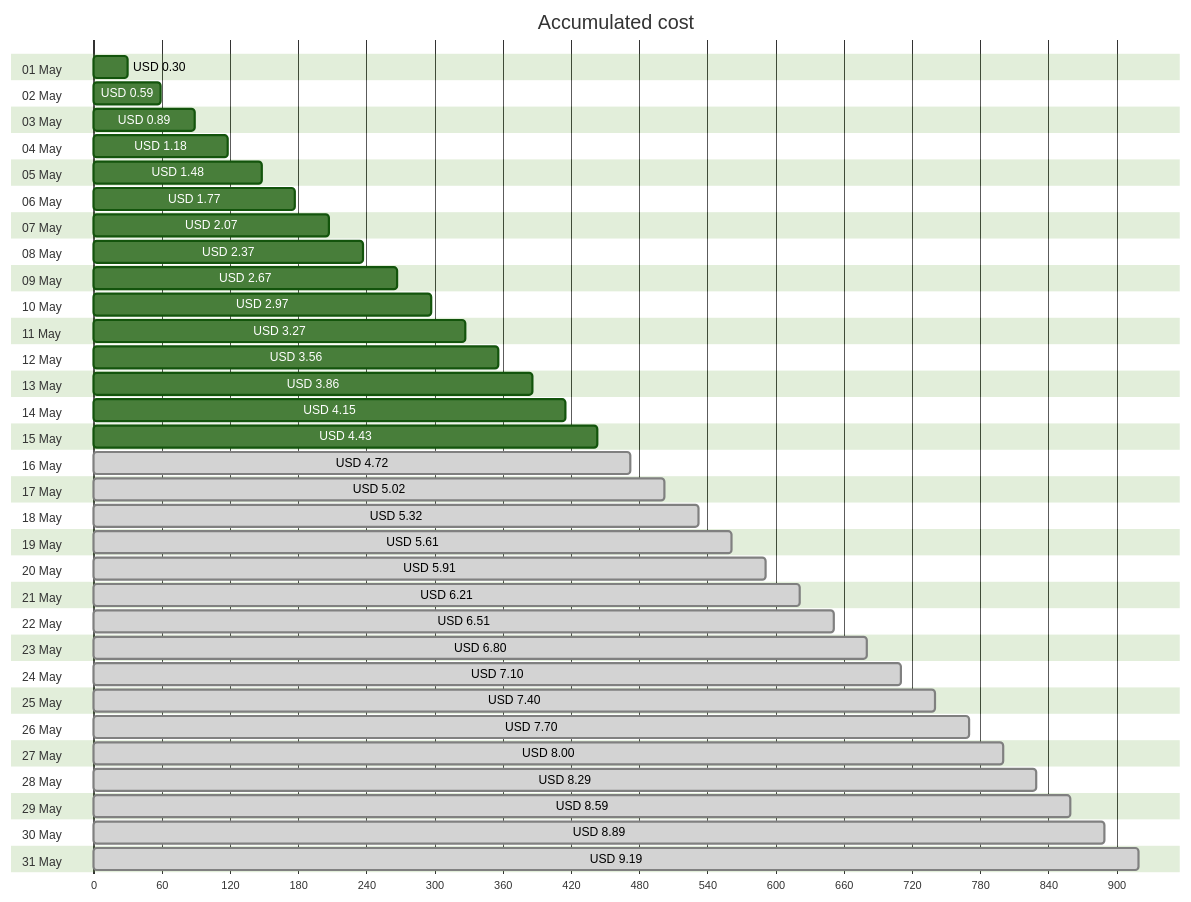
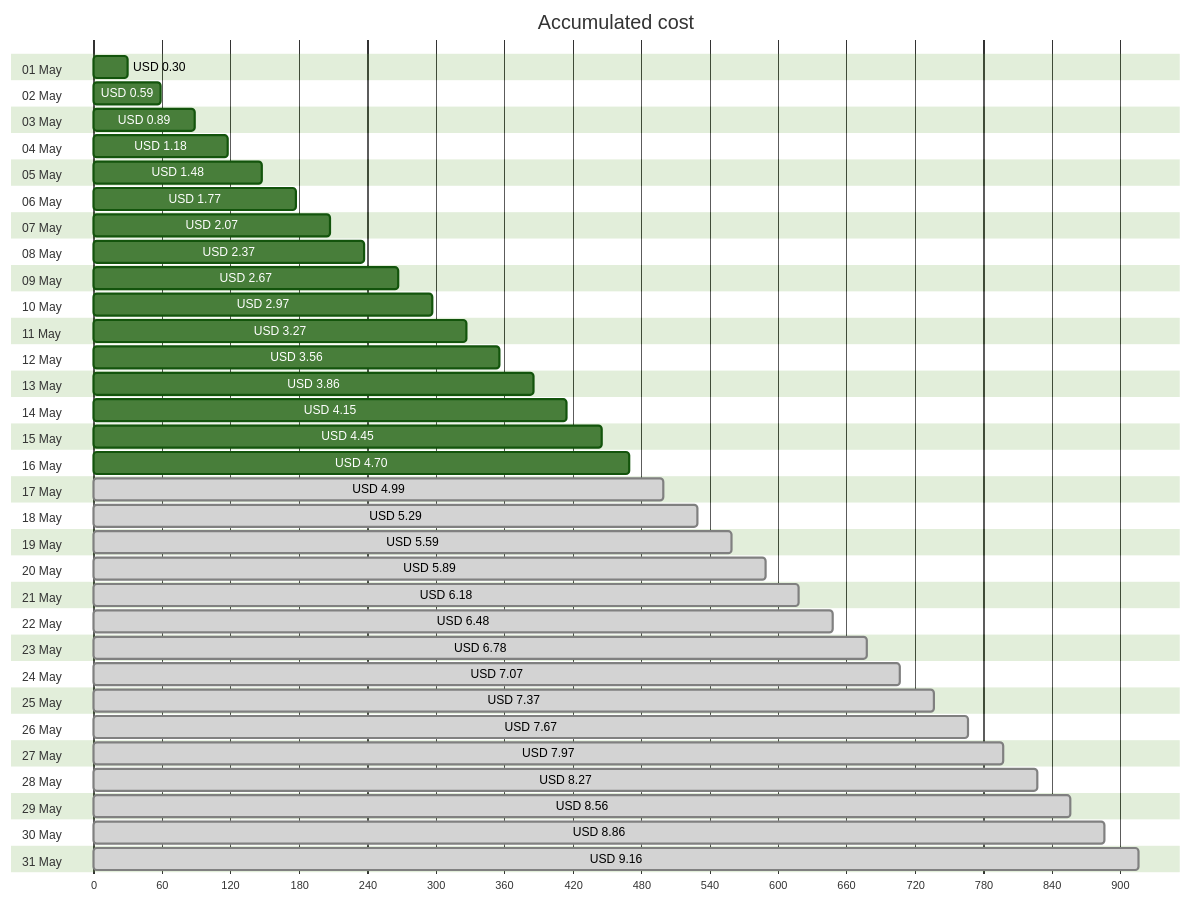
Before and after one commit to jpfulton/azure-personal-reports: the first of 4 diagrams in cost-reports/personal-site/personal-site-preview.md, drawn with Mermaid (forest theme). The commit also changed other lines of this file and 6 other files, not shown here.

````diff
--- a/cost-reports/personal-site/personal-site-preview.md
+++ b/cost-reports/personal-site/personal-site-preview.md
@@ -20,68 +20,68 @@
 ```mermaid
 gantt
    title Accumulated cost
    dateFormat  X
    axisFormat %s
    section 01 May
    USD 0.30 :0, 30
    section 02 May
    USD 0.59 :0, 59
    section 03 May
    USD 0.89 :0, 89
    section 04 May
    USD 1.18 :0, 118
    section 05 May
    USD 1.48 :0, 148
    section 06 May
    USD 1.77 :0, 177
    section 07 May
    USD 2.07 :0, 207
    section 08 May
    USD 2.37 :0, 237
    section 09 May
    USD 2.67 :0, 267
    section 10 May
    USD 2.97 :0, 297
    section 11 May
    USD 3.27 :0, 327
    section 12 May
    USD 3.56 :0, 356
    section 13 May
    USD 3.86 :0, 386
    section 14 May
    USD 4.15 :0, 415
    section 15 May
-   USD 4.43 :0, 443
+   USD 4.45 :0, 445
    section 16 May
-   USD 4.72 : done, 0, 472
+   USD 4.70 :0, 470
    section 17 May
-   USD 5.02 : done, 0, 502
+   USD 4.99 : done, 0, 499
    section 18 May
-   USD 5.32 : done, 0, 532
+   USD 5.29 : done, 0, 529
    section 19 May
-   USD 5.61 : done, 0, 561
+   USD 5.59 : done, 0, 559
    section 20 May
-   USD 5.91 : done, 0, 591
+   USD 5.89 : done, 0, 589
    section 21 May
-   USD 6.21 : done, 0, 621
+   USD 6.18 : done, 0, 618
    section 22 May
-   USD 6.51 : done, 0, 651
+   USD 6.48 : done, 0, 648
    section 23 May
-   USD 6.80 : done, 0, 680
+   USD 6.78 : done, 0, 678
    section 24 May
-   USD 7.10 : done, 0, 710
+   USD 7.07 : done, 0, 707
    section 25 May
-   USD 7.40 : done, 0, 740
+   USD 7.37 : done, 0, 737
    section 26 May
-   USD 7.70 : done, 0, 770
+   USD 7.67 : done, 0, 767
    section 27 May
-   USD 8.00 : done, 0, 800
+   USD 7.97 : done, 0, 797
    section 28 May
-   USD 8.29 : done, 0, 829
+   USD 8.27 : done, 0, 827
    section 29 May
-   USD 8.59 : done, 0, 859
+   USD 8.56 : done, 0, 856
    section 30 May
-   USD 8.89 : done, 0, 889
+   USD 8.86 : done, 0, 886
    section 31 May
-   USD 9.19 : done, 0, 919
+   USD 9.16 : done, 0, 916
 ```
````
